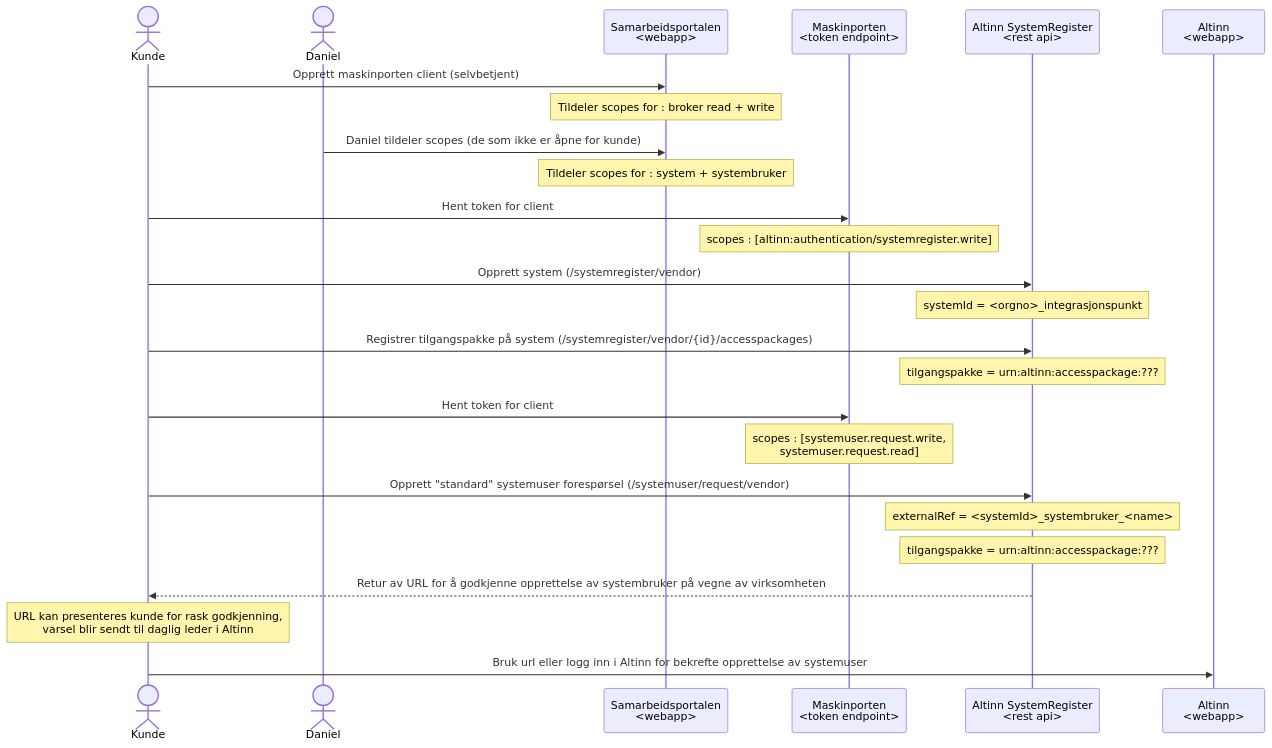
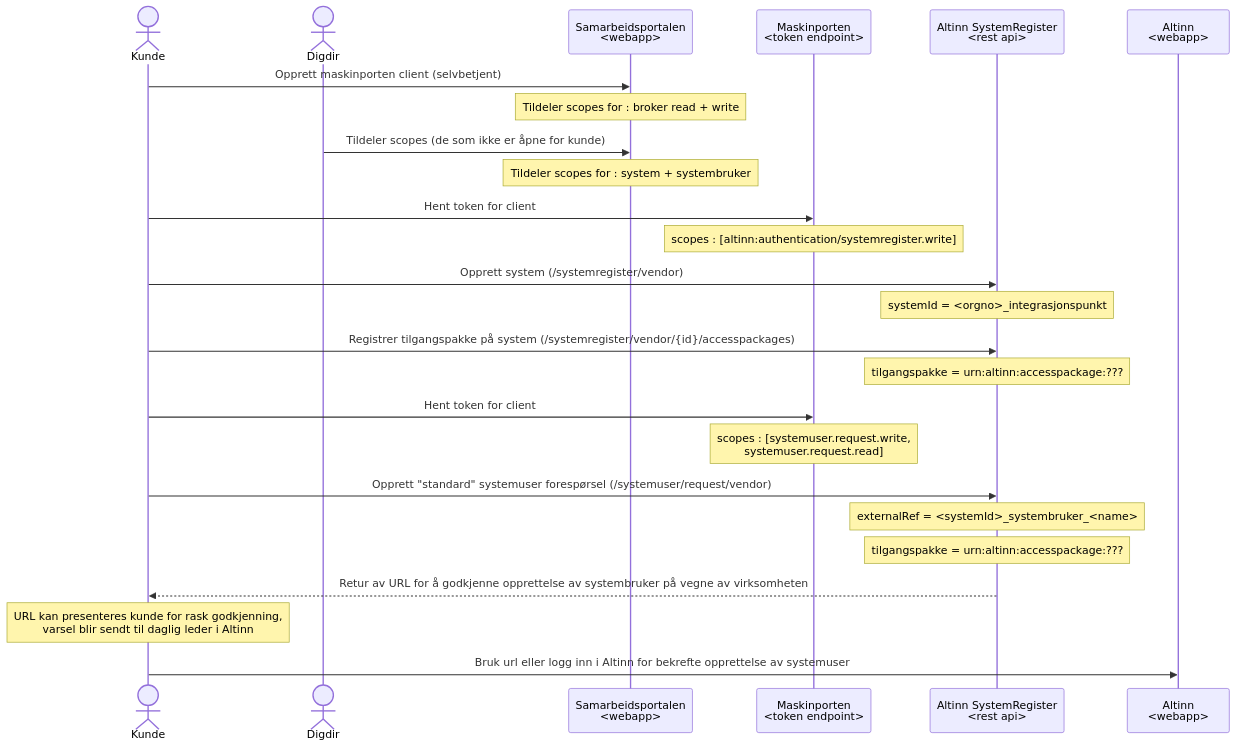
Before and after one commit to felleslosninger/efm-integrasjonspunkt: the first of 2 diagrams in altinn-v3-client/altinn_dpo.md, drawn with Mermaid. The commit also changed other lines of this file and 5 other files, not shown here.

````diff
--- a/altinn-v3-client/altinn_dpo.md
+++ b/altinn-v3-client/altinn_dpo.md
@@ -10,32 +10,32 @@
 ```mermaid
 sequenceDiagram
     actor K as Kunde
-    actor D as Daniel
+    actor D as Digdir
     participant S as Samarbeidsportalen<br><webapp>
     participant M as Maskinporten<br><token endpoint>
     participant AS as Altinn SystemRegister<br><rest api>
     participant A as Altinn<br><webapp>
     
     K->>S: Opprett maskinporten client (selvbetjent)
     note over S : Tildeler scopes for : broker read + write
-    D->>S: Daniel tildeler scopes (de som ikke er åpne for kunde) 
+    D->>S: Tildeler scopes (de som ikke er åpne for kunde) 
     note over S : Tildeler scopes for : system + systembruker
     
     K->>M: Hent token for client
     note over M : scopes : [altinn:authentication/systemregister.write]
     K->>AS : Opprett system (/systemregister/vendor)
     note over AS: systemId = <orgno>_integrasjonspunkt
     K->>AS : Registrer tilgangspakke på system (/systemregister/vendor/{id}/accesspackages)
     note over AS: tilgangspakke = urn:altinn:accesspackage:???
     
     K->>M: Hent token for client
     note over M : scopes : [systemuser.request.write,<br>systemuser.request.read]
 
     K->>AS: Opprett "standard" systemuser forespørsel (/systemuser/request/vendor)
     note over AS : externalRef = <systemId>_systembruker_<name>
     note over AS : tilgangspakke = urn:altinn:accesspackage:???
     AS-->>K: Retur av URL for å godkjenne opprettelse av systembruker på vegne av virksomheten
     note over K : URL kan presenteres kunde for rask godkjenning,<br>varsel blir sendt til daglig leder i Altinn
     
     K->>A: Bruk url eller logg inn i Altinn for bekrefte opprettelse av systemuser
 ```
````
